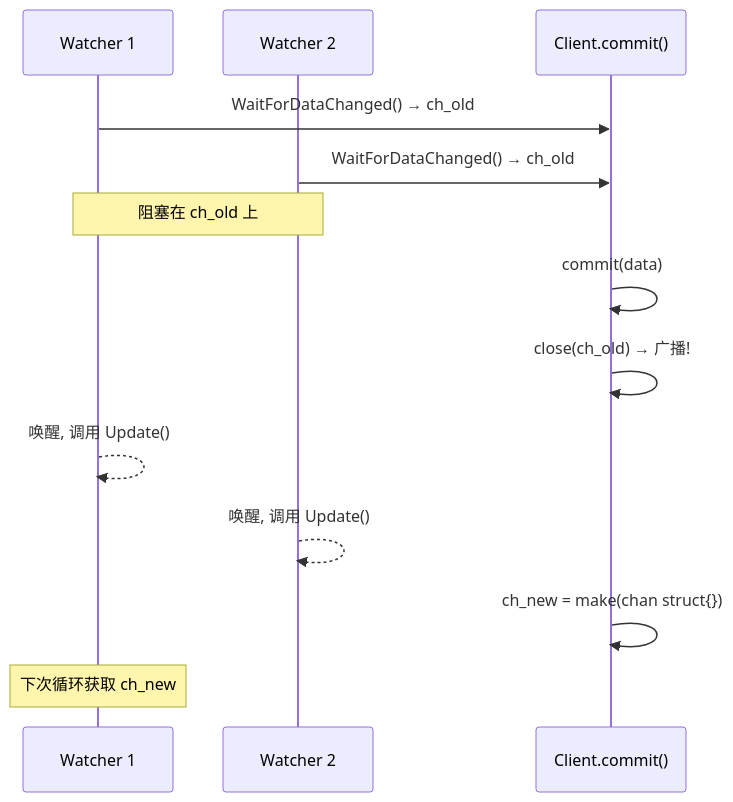
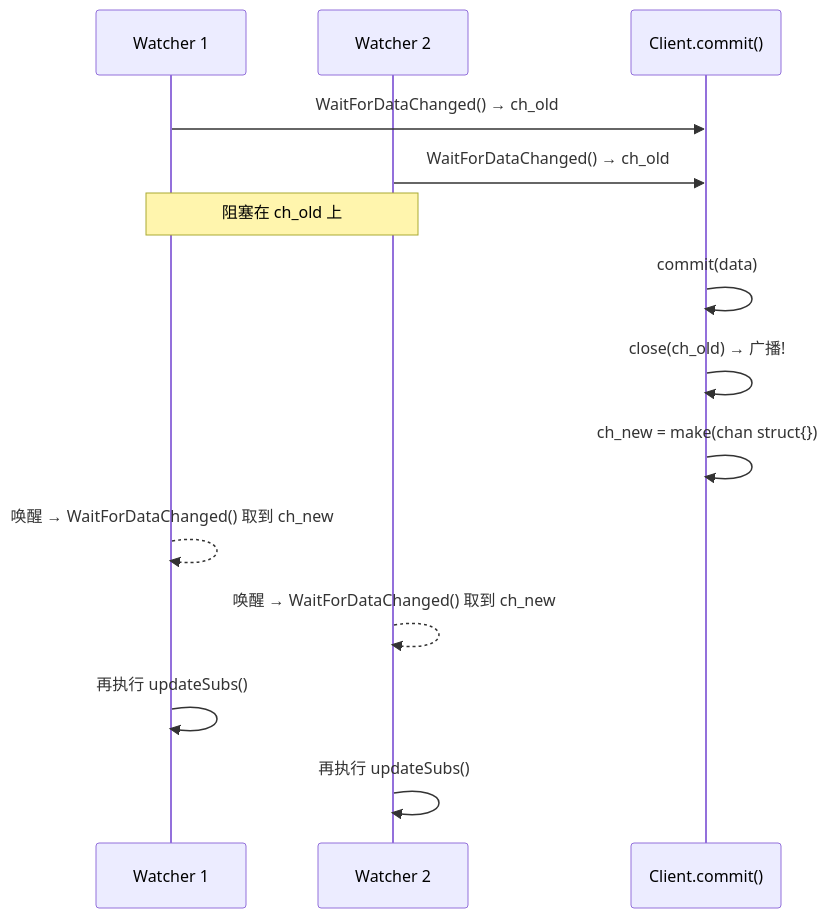
Diagram 12 of 14 in docs/specs/07_state_machine_spec.md (stefanv5/influxdb), drawn with Mermaid before and after one commit. The commit also changed other lines of this file and 16 other files, not shown here.

First line of the commit message:
docs: correct and deepen the 17 architecture specs

````diff
--- a/docs/specs/07_state_machine_spec.md
+++ b/docs/specs/07_state_machine_spec.md
@@ -1890,18 +1997,18 @@
 ```mermaid
 sequenceDiagram
     participant W1 as Watcher 1
     participant W2 as Watcher 2
     participant Client as Client.commit()
 
     W1->>Client: WaitForDataChanged() → ch_old
     W2->>Client: WaitForDataChanged() → ch_old
     Note over W1,W2: 阻塞在 ch_old 上
 
     Client->>Client: commit(data)
     Client->>Client: close(ch_old) → 广播!
-    W1-->>W1: 唤醒, 调用 Update()
-    W2-->>W2: 唤醒, 调用 Update()
     Client->>Client: ch_new = make(chan struct{})
-
-    Note over W1: 下次循环获取 ch_new
+    W1-->>W1: 唤醒 → WaitForDataChanged() 取到 ch_new
+    W2-->>W2: 唤醒 → WaitForDataChanged() 取到 ch_new
+    W1->>W1: 再执行 updateSubs()
+    W2->>W2: 再执行 updateSubs()
 ```
````
